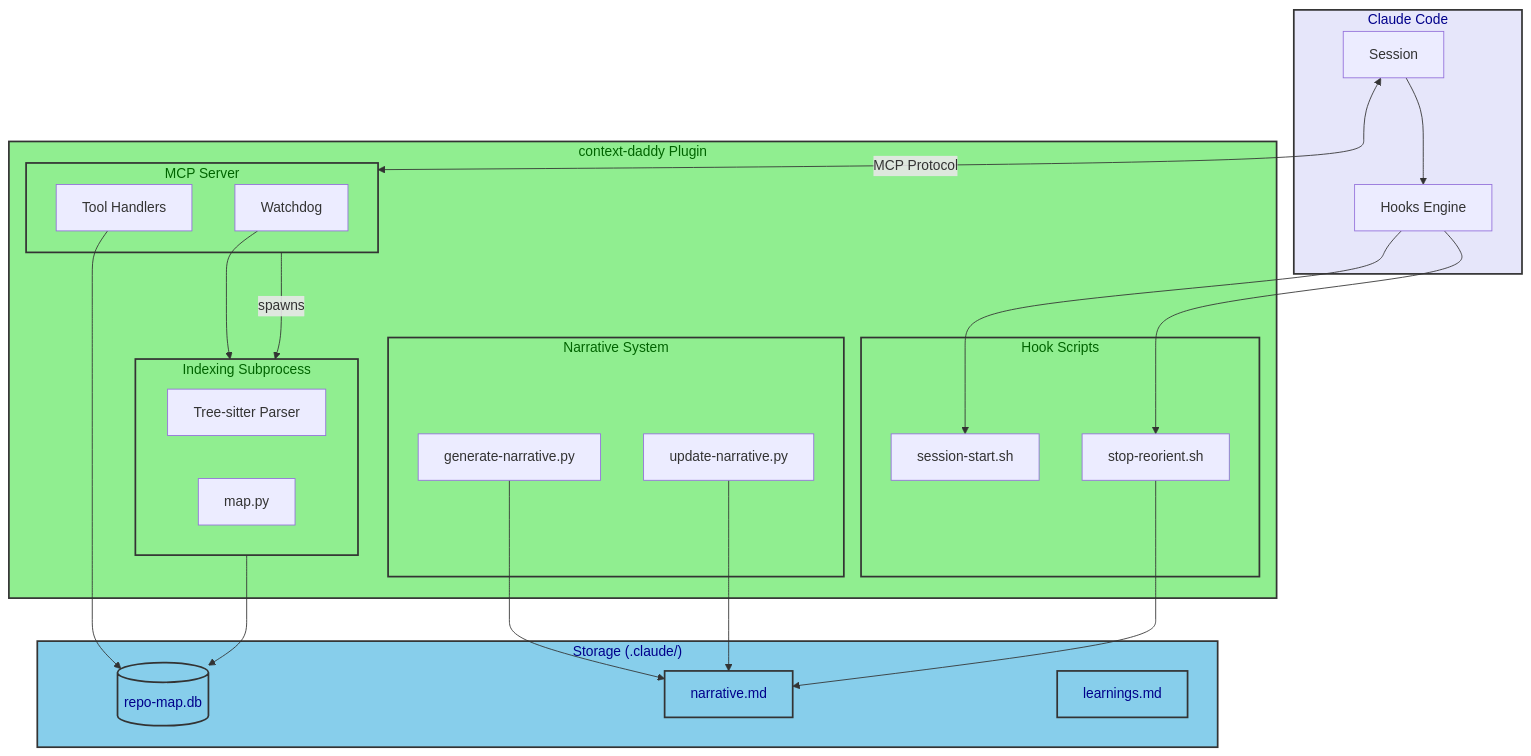
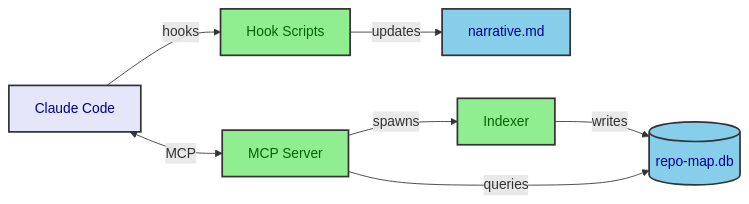
One commit to ChipFlow/context-daddy changed the first of 3 diagrams in docs/architecture.md. Above: the diagram before and after it, drawn with Mermaid.

Commit message:
Simplify system architecture diagram
Use LR layout and flatten nested subgraphs for better readability.

````diff
--- a/docs/architecture.md
+++ b/docs/architecture.md
@@ -16,58 +16,19 @@
 ```mermaid
-flowchart TB
-    subgraph ClaudeCode["Claude Code"]
-        Session["Session"]
-        Hooks["Hooks Engine"]
-    end
+flowchart LR
+    CC[Claude Code] -->|hooks| Hooks[Hook Scripts]
+    CC <-->|MCP| Server[MCP Server]
 
-    subgraph Plugin["context-daddy Plugin"]
-        subgraph HookScripts["Hook Scripts"]
-            SessionStart["session-start.sh"]
-            Stop["stop-reorient.sh"]
-        end
+    Server -->|spawns| Indexer[Indexer]
+    Server -->|queries| DB[(repo-map.db)]
+    Indexer -->|writes| DB
 
-        subgraph MCPServer["MCP Server"]
-            Tools["Tool Handlers"]
-            Watchdog["Watchdog"]
-        end
-
-        subgraph Indexing["Indexing Subprocess"]
-            TreeSitter["Tree-sitter Parser"]
-            MapGen["map.py"]
-        end
-
-        subgraph Narrative["Narrative System"]
-            GenNarrative["generate-narrative.py"]
-            UpdateNarrative["update-narrative.py"]
-        end
-    end
-
-    subgraph Storage["Storage (.claude/)"]
-        DB[(repo-map.db)]
-        NarrativeMD["narrative.md"]
-        Learnings["learnings.md"]
-    end
-
-    Session --> Hooks
-    Hooks --> SessionStart
-    Hooks --> Stop
-
-    Session <-->|"MCP Protocol"| MCPServer
-    Tools --> DB
-    Watchdog --> Indexing
-
-    MCPServer -->|"spawns"| Indexing
-    Indexing --> DB
-
-    GenNarrative --> NarrativeMD
-    UpdateNarrative --> NarrativeMD
-    Stop --> NarrativeMD
+    Hooks -->|updates| Narrative[narrative.md]
 
     classDef claude fill:#E6E6FA,stroke:#333,stroke-width:2px,color:darkblue
-    classDef plugin fill:#90EE90,stroke:#333,stroke-width:2px,color:darkgreen
+    classDef component fill:#90EE90,stroke:#333,stroke-width:2px,color:darkgreen
     classDef storage fill:#87CEEB,stroke:#333,stroke-width:2px,color:darkblue
 
-    class ClaudeCode claude
-    class Plugin,HookScripts,MCPServer,Indexing,Narrative plugin
-    class Storage,DB,NarrativeMD,Learnings storage
+    class CC claude
+    class Hooks,Server,Indexer component
+    class DB,Narrative storage
 ```
````
